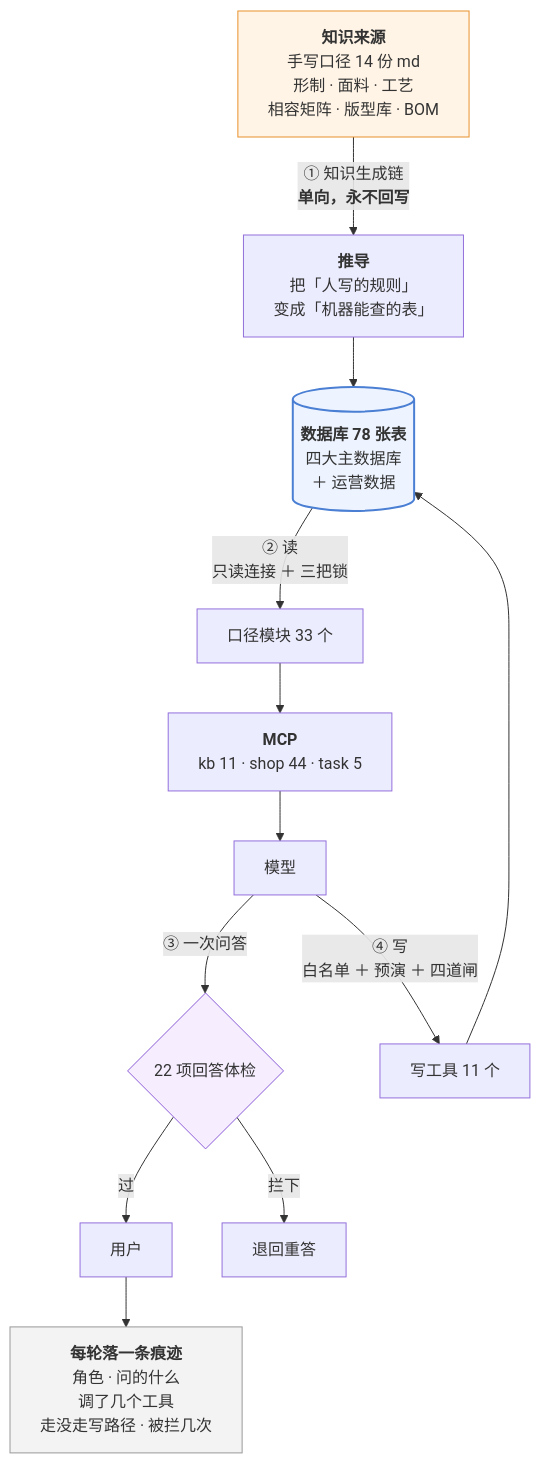
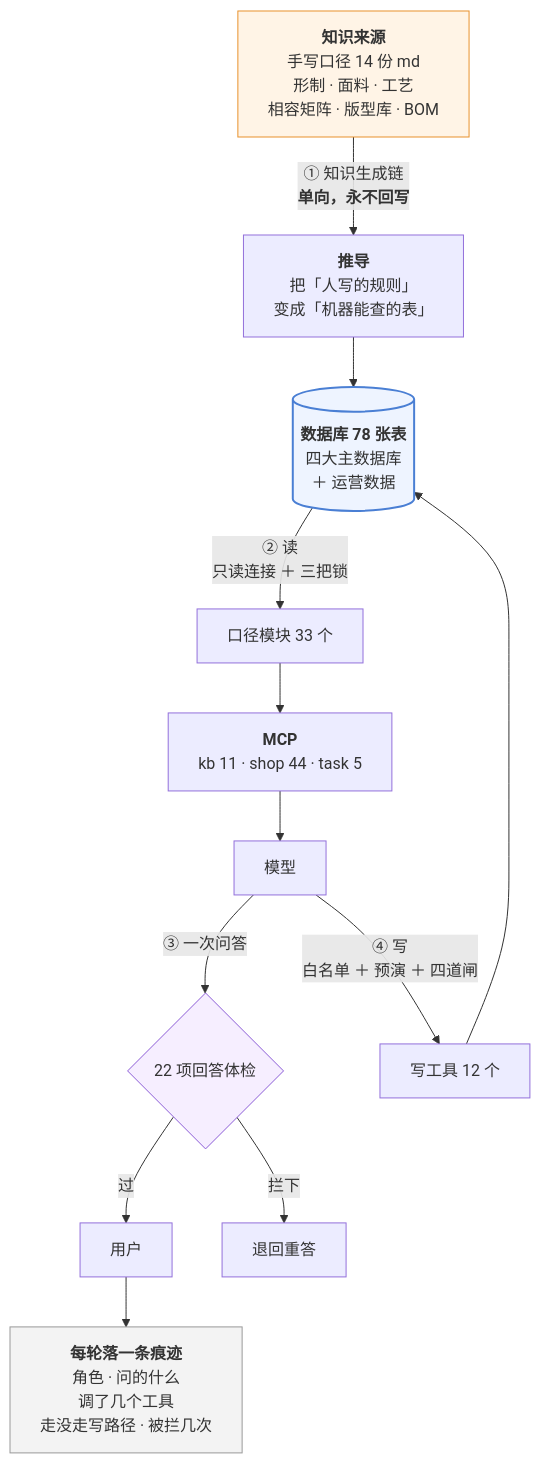
The third of 3 diagrams in 澜绣云裳agent-产品说明.md (843773296-rgb/lanxiu-yunshang-agent), drawn with Mermaid before and after one commit. The commit also changed other lines of this file and 13 other files, not shown here.

````diff
--- a/澜绣云裳agent-产品说明.md
+++ b/澜绣云裳agent-产品说明.md
@@ -806,24 +806,24 @@
 ```mermaid
 flowchart TD
     MD["<b>知识来源</b><br/>手写口径 14 份 md<br/>形制 · 面料 · 工艺<br/>相容矩阵 · 版型库 · BOM"]
     MD -->|"① 知识生成链<br/><b>单向，永不回写</b>"| DV["<b>推导</b><br/>把「人写的规则」<br/>变成「机器能查的表」"]
     DV --> DB[("<b>数据库 78 张表</b><br/>四大主数据库<br/>＋ 运营数据")]
 
     DB -->|"② 读<br/>只读连接 ＋ 三把锁"| KJ["口径模块 33 个"]
     KJ --> MCP["<b>MCP</b><br/>kb 11 · shop 44 · task 5"]
     MCP --> LLM["模型"]
 
     LLM -->|"③ 一次问答"| GD{"22 项回答体检"}
     GD -- 过 --> U["用户"]
     GD -- 拦下 --> RE["退回重答"]
 
-    LLM -->|"④ 写<br/>白名单 ＋ 预演 ＋ 四道闸"| W["写工具 11 个"]
+    LLM -->|"④ 写<br/>白名单 ＋ 预演 ＋ 四道闸"| W["写工具 12 个"]
     W --> DB
 
     U --> TR["<b>每轮落一条痕迹</b><br/>角色 · 问的什么<br/>调了几个工具<br/>走没走写路径 · 被拦几次"]
 
     style MD fill:#fff4e6,stroke:#e8912d
     style DB fill:#eef4ff,stroke:#4a7fd4,stroke-width:2px
     style GD fill:#f6eeff,stroke:#8b5cd6
     style TR fill:#f3f3f3,stroke:#999
 ```
````
